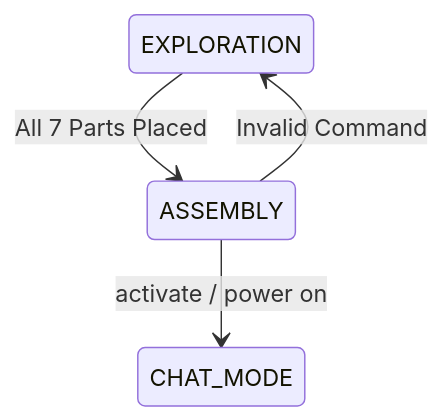
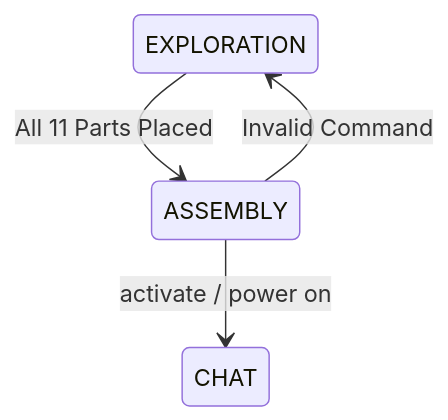
The second of 2 diagrams in docs/ARCHITECTURE.md (nwikeodigwe/maze-ing), drawn with Mermaid before and after one commit. The commit also changed other lines of this file and 8 other files, not shown here.

````diff
--- a/docs/ARCHITECTURE.md
+++ b/docs/ARCHITECTURE.md
@@ -43,6 +43,6 @@
 ```mermaid
 stateDiagram-v2
-    EXPLORATION --> ASSEMBLY: All 7 Parts Placed
-    ASSEMBLY --> CHAT_MODE: activate / power on
+    EXPLORATION --> ASSEMBLY: All 11 Parts Placed
+    ASSEMBLY --> CHAT: activate / power on
     ASSEMBLY --> EXPLORATION: Invalid Command
 ```
````
